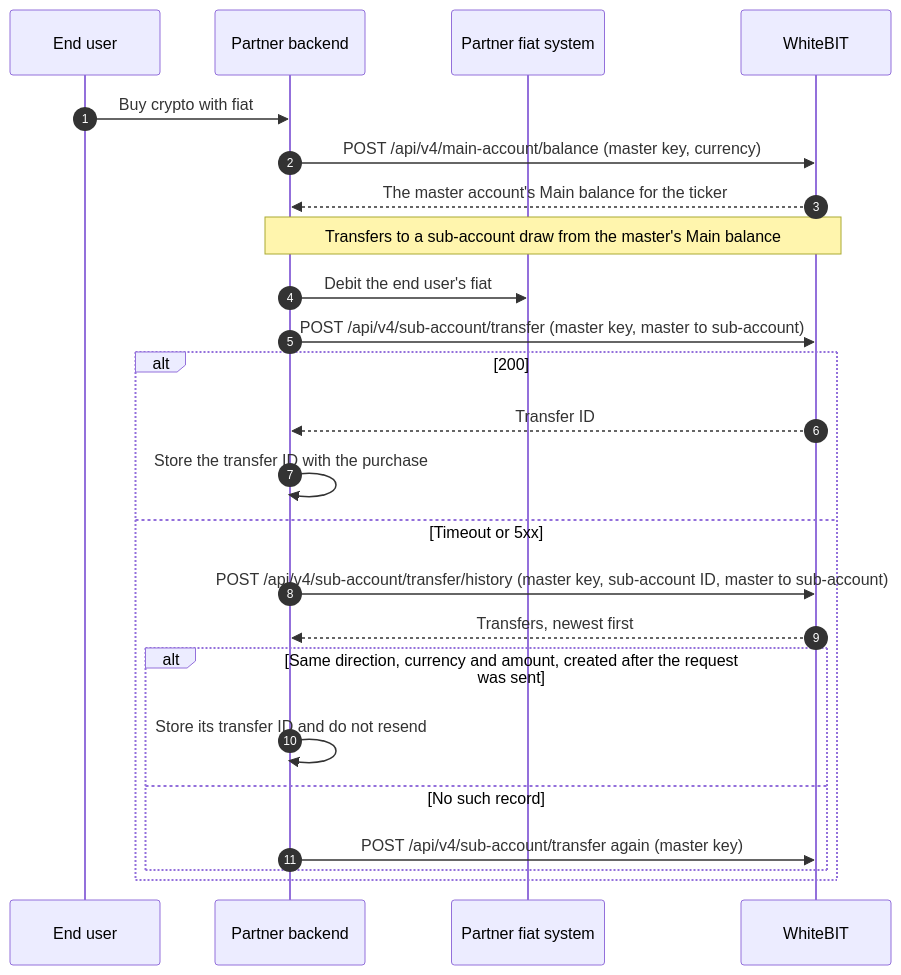
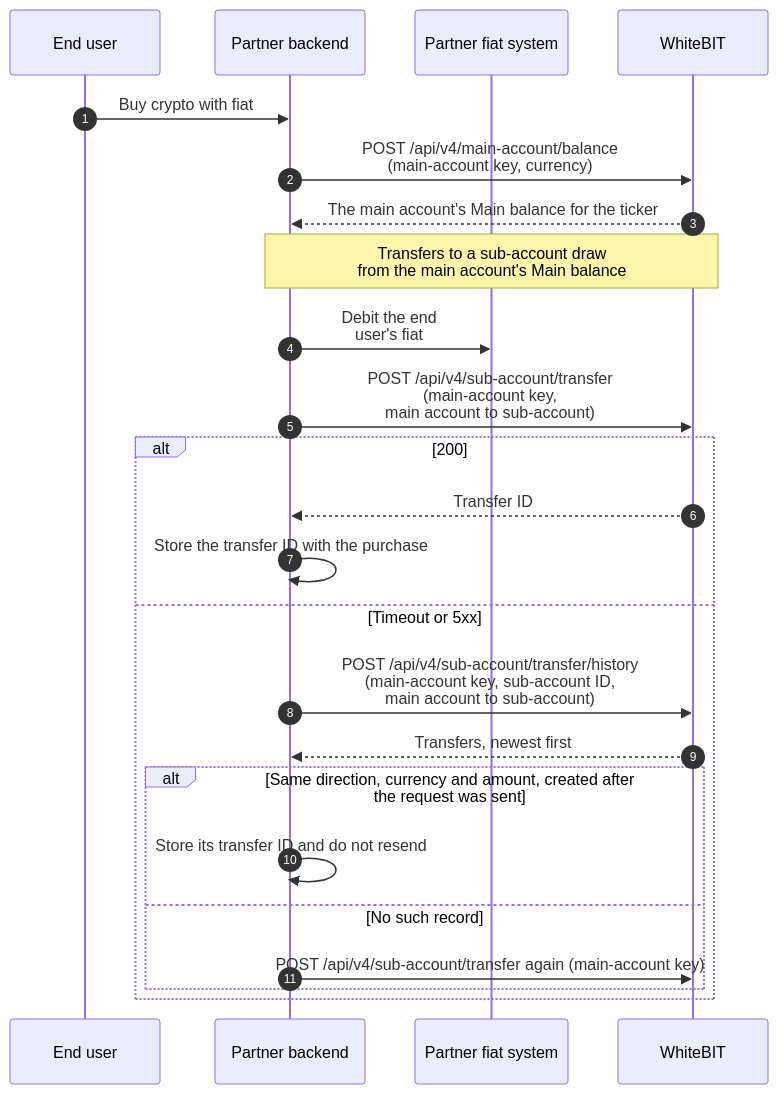
One commit to whitebit-exchange/docs changed the third of 6 diagrams in guides/waas-integration.mdx. Above: the diagram before and after it, drawn with Mermaid. The commit also changed other lines of this file and 24 other files, not shown here.

Commit message:
docs(guide): rename master account to main account across the portal

````diff
--- a/guides/waas-integration.mdx
+++ b/guides/waas-integration.mdx
@@ -158,27 +158,27 @@
 ```mermaid
 sequenceDiagram
     autonumber
     participant U as End user
     participant P as Partner backend
     participant F as Partner fiat system
     participant W as WhiteBIT
 
     U->>P: Buy crypto with fiat
-    P->>W: POST /api/v4/main-account/balance (master key, currency)
-    W-->>P: The master account's Main balance for the ticker
-    Note over P,W: Transfers to a sub-account draw from the master's Main balance
-    P->>F: Debit the end user's fiat
-    P->>W: POST /api/v4/sub-account/transfer (master key, master to sub-account)
+    P->>W: POST /api/v4/main-account/balance<br/>(main-account key, currency)
+    W-->>P: The main account's Main balance for the ticker
+    Note over P,W: Transfers to a sub-account draw<br/>from the main account's Main balance
+    P->>F: Debit the end<br/>user's fiat
+    P->>W: POST /api/v4/sub-account/transfer<br/>(main-account key,<br/>main account to sub-account)
     alt 200
         W-->>P: Transfer ID
         P->>P: Store the transfer ID with the purchase
     else Timeout or 5xx
-        P->>W: POST /api/v4/sub-account/transfer/history (master key, sub-account ID, master to sub-account)
+        P->>W: POST /api/v4/sub-account/transfer/history<br/>(main-account key, sub-account ID,<br/>main account to sub-account)
         W-->>P: Transfers, newest first
         alt Same direction, currency and amount, created after the request was sent
             P->>P: Store its transfer ID and do not resend
         else No such record
-            P->>W: POST /api/v4/sub-account/transfer again (master key)
+            P->>W: POST /api/v4/sub-account/transfer again (main-account key)
         end
     end
 ```
````
